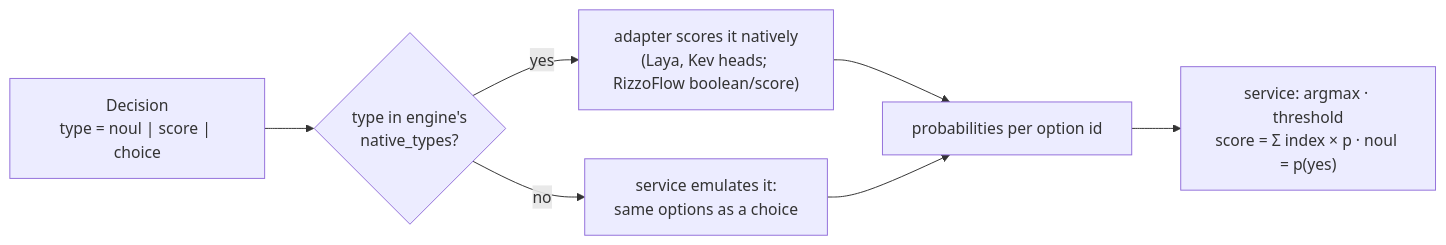
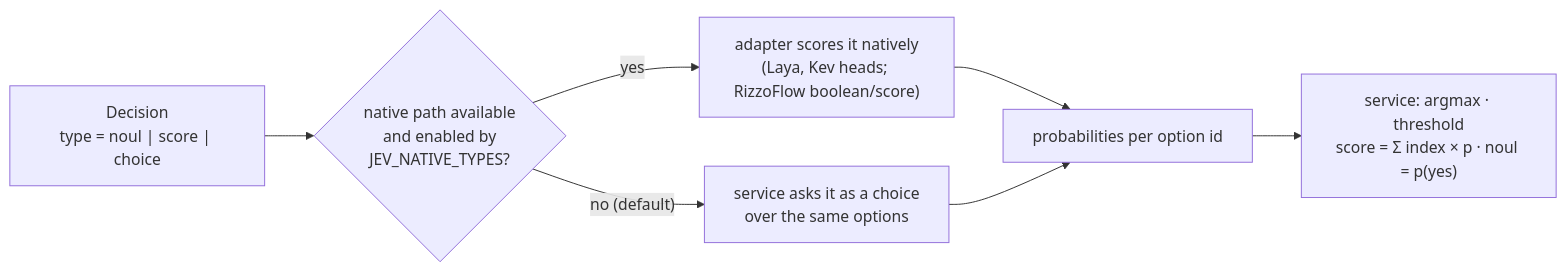
Before and after one commit to GiskardB/jev-agentbridge: the second of 4 diagrams in docs/architecture.md, drawn with Mermaid. The commit also changed other lines of this file and 25 other files, not shown here.

First line of the commit message:
Question types: measure native vs emulated, emulate by default

````diff
--- a/docs/architecture.md
+++ b/docs/architecture.md
@@ -66,9 +66,9 @@
 ```mermaid
 flowchart LR
-    D["Decision<br/>type = noul | score | choice"] --> Q{"type in engine's<br/>native_types?"}
+    D["Decision<br/>type = noul | score | choice"] --> Q{"native path available<br/>and enabled by<br/>JEV_NATIVE_TYPES?"}
     Q -- yes --> N["adapter scores it natively<br/>(Laya, Kev heads; RizzoFlow boolean/score)"]
-    Q -- no --> E["service emulates it:<br/>same options as a choice"]
+    Q -- "no (default)" --> E["service asks it as a choice<br/>over the same options"]
     N --> R["probabilities per option id"]
     E --> R
     R --> S["service: argmax · threshold<br/>score = Σ index × p · noul = p(yes)"]
 ```
````
